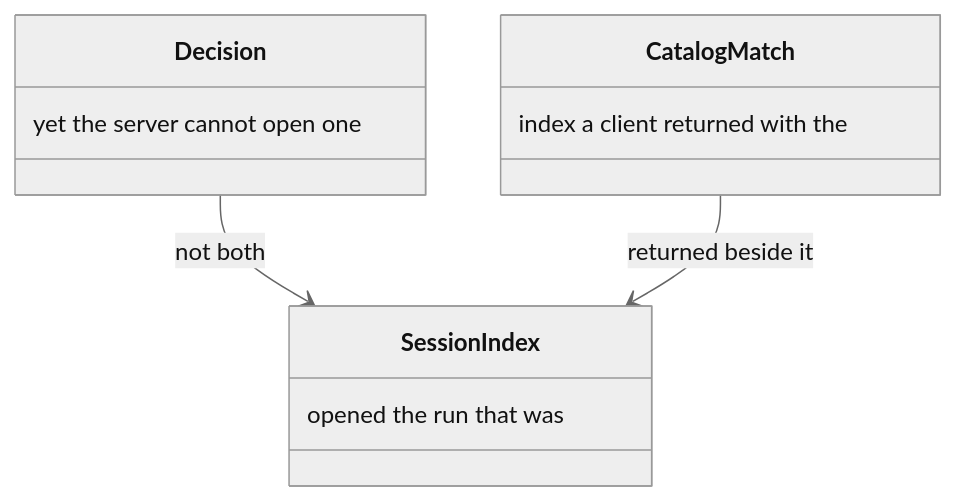
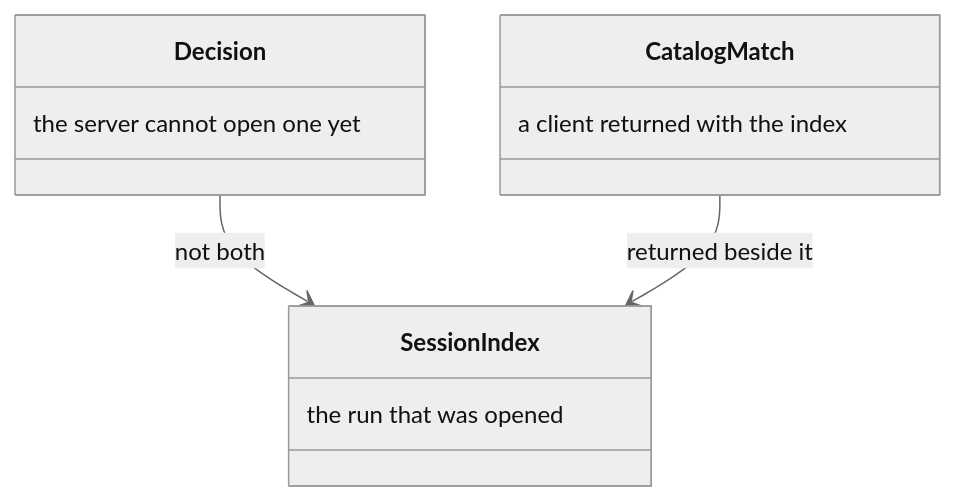
One commit to m2ux/workflow-server changed diagram 28 of 36 in docs/state.md. Above: the diagram before and after it, drawn with Mermaid (neutral theme). The commit also changed other lines of this file and 10 other files, not shown here.

Commit message:
Write each class-box note in reading order so the diagram shows the phrase as written.

````diff
--- a/docs/state.md
+++ b/docs/state.md
@@ -493,14 +493,14 @@
 ```mermaid
 classDiagram
   class SessionIndex {
-    opened the run that was
+    the run that was opened
   }
   class Decision {
-    yet the server cannot open one
+    the server cannot open one yet
   }
   class CatalogMatch {
-    index a client returned with the
+    a client returned with the index
   }
   Decision --> SessionIndex : not both
   CatalogMatch --> SessionIndex : returned beside it
 ```
````
